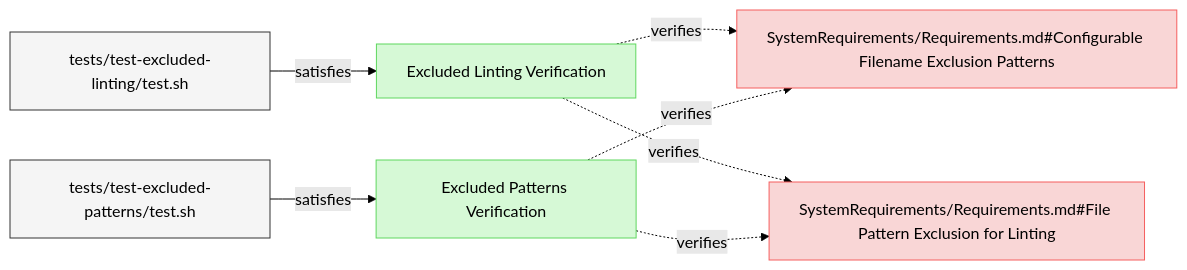
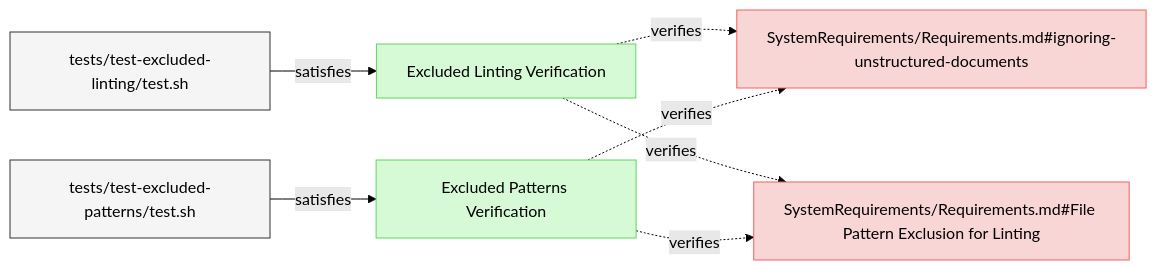
One commit to reqvire-org/reqvire changed the third of 3 diagrams in specifications/Verifications/LintingTests.md. Above: the diagram before and after it, drawn with Mermaid (forest theme). The commit also changed other lines of this file and 72 other files, not shown here.

Commit message:
Major rework of the logic in reqvire. It uses git repository root as root folder and everything else is relative to it. External folders and specifications folder concept has been deprecated.

````diff
--- a/specifications/Verifications/LintingTests.md
+++ b/specifications/Verifications/LintingTests.md
@@ -247,33 +223,33 @@
 ```mermaid
 graph LR;
   %% Graph styling
   classDef requirement fill:#f9d6d6,stroke:#f55f5f,stroke-width:1px;
   classDef verification fill:#d6f9d6,stroke:#5fd75f,stroke-width:1px;
   classDef externalLink fill:#d0e0ff,stroke:#3080ff,stroke-width:1px;
   classDef default fill:#f5f5f5,stroke:#333333,stroke-width:1px;
 
   c63c04402c100a4a["Excluded Linting Verification"];
-  click c63c04402c100a4a "https://github.com/Reqvire/reqvire/blob/ad88ba6b828e94c93382866fefd058c011c1ac60/specifications/Verifications/LintingTests.md#excluded-linting-verification";
+  click c63c04402c100a4a "LintingTests.md#excluded-linting-verification";
   class c63c04402c100a4a verification;
-  4bf74699f40f4a76["SystemRequirements/Requirements.md#Configurable Filename Exclusion Patterns"];
-  class 4bf74699f40f4a76 requirement;
-  click 4bf74699f40f4a76 "https://github.com/Reqvire/reqvire/blob/ad88ba6b828e94c93382866fefd058c011c1ac60/specifications/SystemRequirements/Requirements.md#configurable-filename-exclusion-patterns";
-  c63c04402c100a4a -.->|verifies| 4bf74699f40f4a76;
+  be5c69c33c5a4cf6["SystemRequirements/Requirements.md#ignoring-unstructured-documents"];
+  class be5c69c33c5a4cf6 requirement;
+  click be5c69c33c5a4cf6 "../SystemRequirements/Requirements.md#ignoring-unstructured-documents";
+  c63c04402c100a4a -.->|verifies| be5c69c33c5a4cf6;
   48e8a0b4b18111c4["SystemRequirements/Requirements.md#File Pattern Exclusion for Linting"];
   class 48e8a0b4b18111c4 requirement;
-  click 48e8a0b4b18111c4 "https://github.com/Reqvire/reqvire/blob/ad88ba6b828e94c93382866fefd058c011c1ac60/specifications/SystemRequirements/Requirements.md#file-pattern-exclusion-for-linting";
+  click 48e8a0b4b18111c4 "../SystemRequirements/Requirements.md#file-pattern-exclusion-for-linting";
   c63c04402c100a4a -.->|verifies| 48e8a0b4b18111c4;
   b2805e4d183be784["tests/test-excluded-linting/test.sh"];
   class b2805e4d183be784 default;
-  click b2805e4d183be784 "https://github.com/Reqvire/reqvire/blob/ad88ba6b828e94c93382866fefd058c011c1ac60/tests/test-excluded-linting/test.sh";
+  click b2805e4d183be784 "../../tests/test-excluded-linting/test.sh";
   b2805e4d183be784 -->|satisfies| c63c04402c100a4a;
   3cea1c7ac2f7a8c5["Excluded Patterns Verification"];
-  click 3cea1c7ac2f7a8c5 "https://github.com/Reqvire/reqvire/blob/ad88ba6b828e94c93382866fefd058c011c1ac60/specifications/Verifications/LintingTests.md#excluded-patterns-verification";
+  click 3cea1c7ac2f7a8c5 "LintingTests.md#excluded-patterns-verification";
   class 3cea1c7ac2f7a8c5 verification;
-  3cea1c7ac2f7a8c5 -.->|verifies| 4bf74699f40f4a76;
+  3cea1c7ac2f7a8c5 -.->|verifies| be5c69c33c5a4cf6;
   3cea1c7ac2f7a8c5 -.->|verifies| 48e8a0b4b18111c4;
   ec11a68aa5b4bdc1["tests/test-excluded-patterns/test.sh"];
   class ec11a68aa5b4bdc1 default;
-  click ec11a68aa5b4bdc1 "https://github.com/Reqvire/reqvire/blob/ad88ba6b828e94c93382866fefd058c011c1ac60/tests/test-excluded-patterns/test.sh";
+  click ec11a68aa5b4bdc1 "../../tests/test-excluded-patterns/test.sh";
   ec11a68aa5b4bdc1 -->|satisfies| 3cea1c7ac2f7a8c5;
 ```
````
